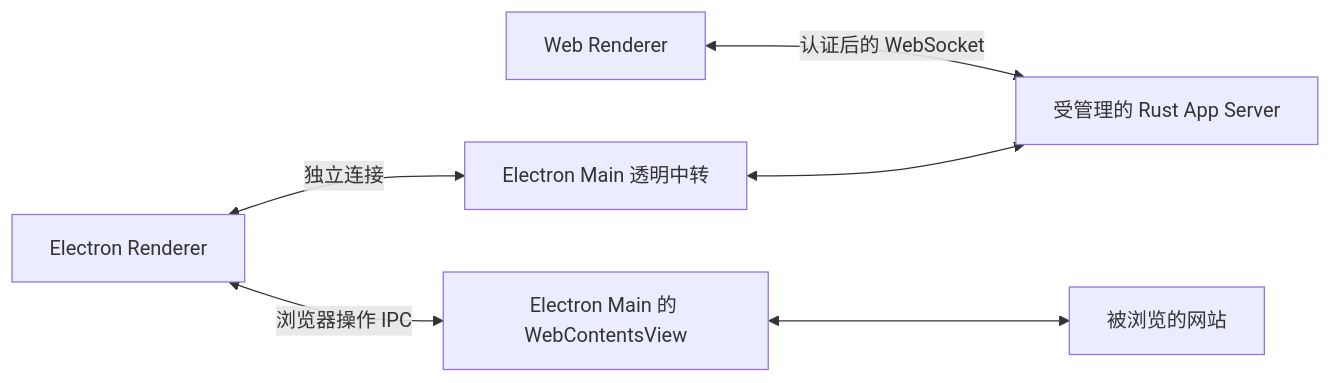
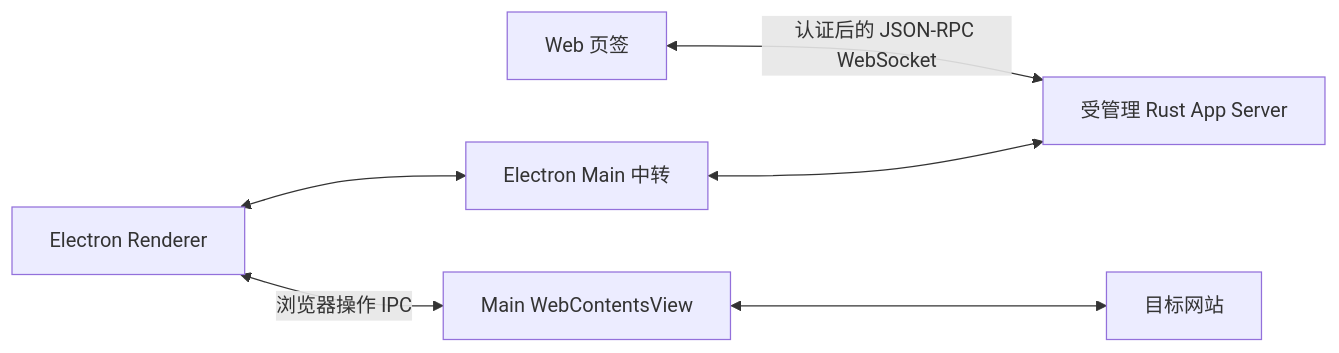
One commit to chogng/ash changed the diagram in ash-ts/docs/design/app-server-connection.md. Above: the diagram before and after it, drawn with Mermaid. The commit also changed other lines of this file and 82 other files, not shown here.

````diff
--- a/ash-ts/docs/design/app-server-connection.md
+++ b/ash-ts/docs/design/app-server-connection.md
@@ -19,8 +7,8 @@
 ```mermaid
 flowchart LR
-  W[Web Renderer] <-->|认证后的 WebSocket| B[受管理的 Rust App Server]
-  E[Electron Renderer] <-->|独立连接| M[Electron Main 透明中转]
+  W[Web 页签] <-->|认证后的 JSON-RPC WebSocket| B[受管理 Rust App Server]
+  E[Electron Renderer] <--> M[Electron Main 中转]
   M <--> B
-  E <-->|浏览器操作 IPC| V[Electron Main 的 WebContentsView]
-  V <--> S[被浏览的网站]
+  E <-->|浏览器操作 IPC| V[Main WebContentsView]
+  V <--> S[目标网站]
 ```
````
